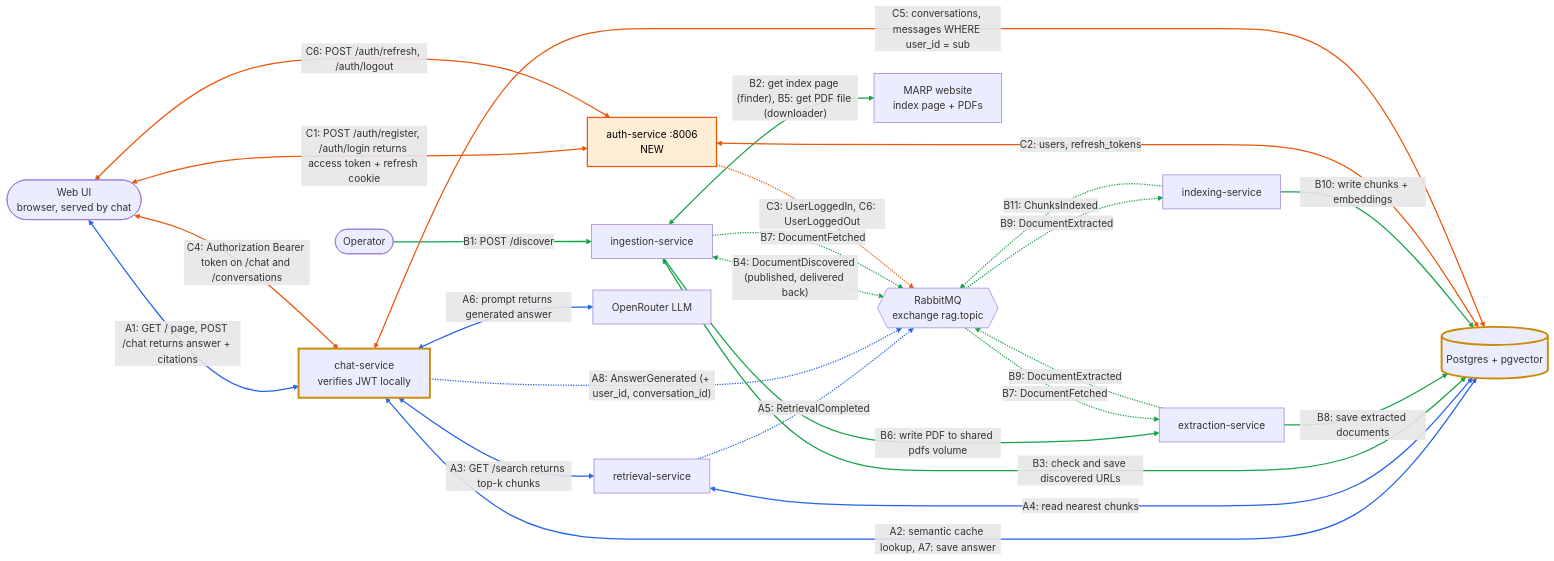
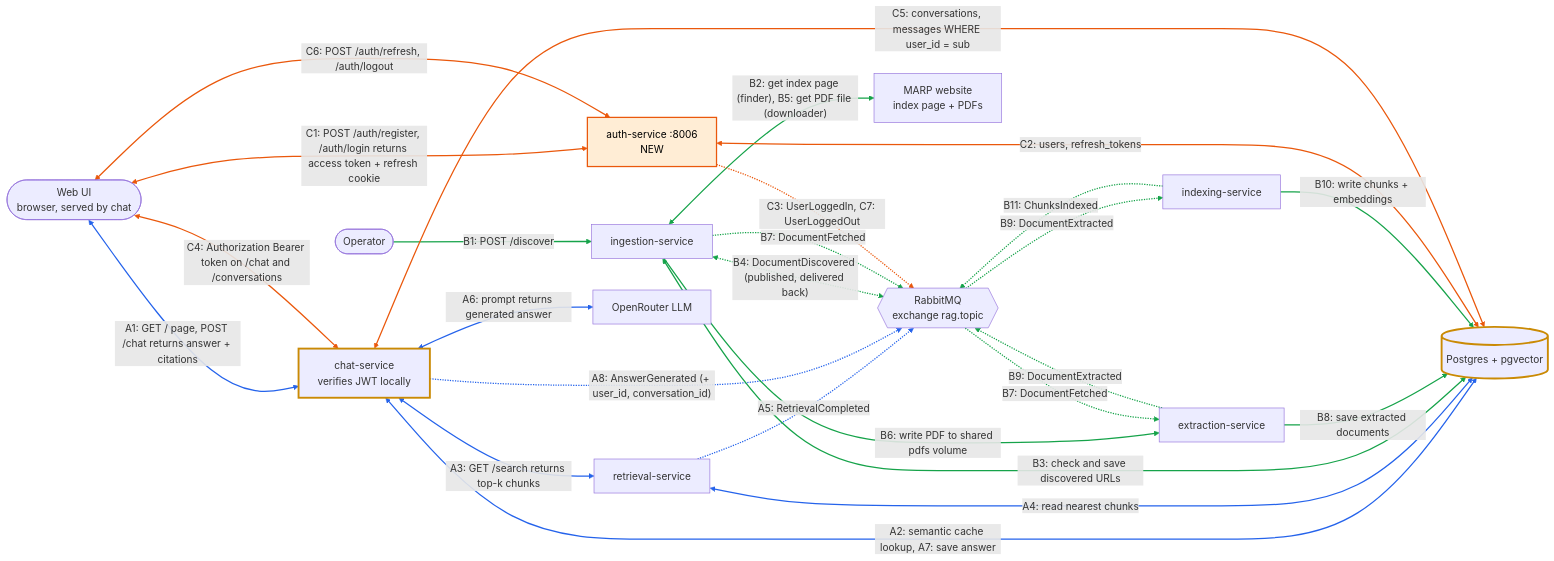
One commit to AmrTaoumi/RAG-Chatbot changed the diagram in docs/design-tier1-auth-sessions.md. Above: the diagram before and after it, drawn with Mermaid. The commit also changed other lines of this file, not shown here.

Commit message:
docs(auth): label sections and mermaid fix

````diff
--- a/docs/design-tier1-auth-sessions.md
+++ b/docs/design-tier1-auth-sessions.md
@@ -36,55 +36,55 @@
 ```mermaid  
 flowchart LR
     OP([Operator])
     UI([Web UI<br/>browser, served by chat])
     CHAT[chat-service<br/>verifies JWT locally]
     AUTH[auth-service :8006<br/>NEW]
     RET[retrieval-service]
     ING[ingestion-service]
     EXT[extraction-service]
     IDX[indexing-service]
     MQ{{RabbitMQ<br/>exchange rag.topic}}
     DB[(Postgres + pgvector)]
     LLM[OpenRouter LLM]
     MARP[MARP website<br/>index page + PDFs]
 
     %% A: answering a question
     UI <-->|"A1: GET / page, POST /chat returns answer + citations"| CHAT
     CHAT <-->|"A2: semantic cache lookup, A7: save answer"| DB
     CHAT <-->|"A3: GET /search returns top-k chunks"| RET
     RET <-->|"A4: read nearest chunks"| DB
     RET -.->|"A5: RetrievalCompleted"| MQ
     CHAT <-->|"A6: prompt returns generated answer"| LLM
     CHAT -.->|"A8: AnswerGenerated (+ user_id, conversation_id)"| MQ
 
     %% B: loading documents
     OP -->|"B1: POST /discover"| ING
     ING <-->|"B2: get index page (finder), B5: get PDF file (downloader)"| MARP
     ING <-->|"B3: check and save discovered URLs"| DB
     ING <-.->|"B4: DocumentDiscovered (published, delivered back)"| MQ
     ING -->|"B6: write PDF to shared pdfs volume"| EXT
     ING -.->|"B7: DocumentFetched"| MQ
     MQ -.->|"B7: DocumentFetched"| EXT
     EXT -->|"B8: save extracted documents"| DB
     EXT -.->|"B9: DocumentExtracted"| MQ
     MQ -.->|"B9: DocumentExtracted"| IDX
     IDX -->|"B10: write chunks + embeddings"| DB
     IDX -.->|"B11: ChunksIndexed"| MQ
 
     %% C: Tier 1, authentication and sessions (new)
     UI <-->|"C1: POST /auth/register, /auth/login returns access token + refresh cookie"| AUTH
     AUTH <-->|"C2: users, refresh_tokens"| DB
-    AUTH -.->|"C3: UserLoggedIn, C6: UserLoggedOut"| MQ
+    AUTH -.->|"C3: UserLoggedIn, C7: UserLoggedOut"| MQ
     UI <-->|"C4: Authorization Bearer token on /chat and /conversations"| CHAT
     CHAT <-->|"C5: conversations, messages WHERE user_id = sub"| DB
     UI <-->|"C6: POST /auth/refresh, /auth/logout"| AUTH
 
     linkStyle 0,1,2,3,4,5,6 stroke:#2563eb,stroke-width:2px
     linkStyle 7,8,9,10,11,12,13,14,15,16,17,18 stroke:#16a34a,stroke-width:2px
     linkStyle 19,20,21,22,23,24 stroke:#ea580c,stroke-width:2px
 
     classDef new fill:#ffedd5,stroke:#ea580c,stroke-width:2px,color:#000
     classDef changed stroke:#ca8a04,stroke-width:3px
     class AUTH new
     class CHAT,DB changed
 ``` 
````
